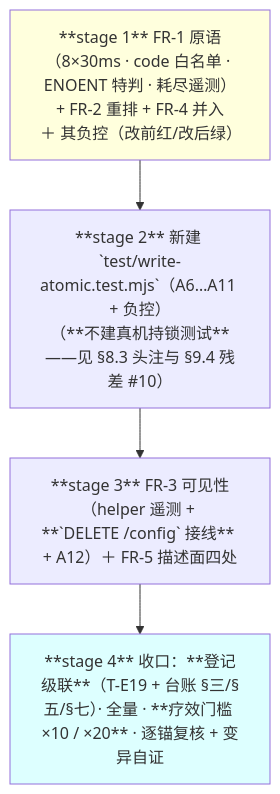
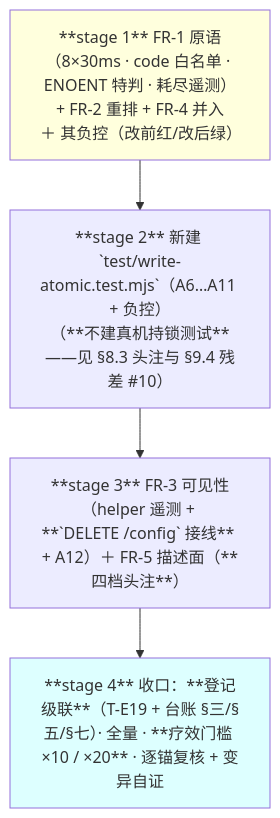
One commit to shenhuanageshei/dsh-thincoder-suite changed the third of 3 diagrams in docs/2026-09-17-writefileatomic-design.md. Above: the diagram before and after it, drawn with Mermaid. The commit also changed other lines of this file and 1 other file, not shown here.

````diff
--- a/docs/2026-09-17-writefileatomic-design.md
+++ b/docs/2026-09-17-writefileatomic-design.md
@@ -391,9 +391,9 @@
 ```mermaid
 flowchart TD
   S1["**stage 1** FR-1 原语（8×30ms · code 白名单 · ENOENT 特判 · 耗尽遥测）+ FR-2 重排 + FR-4 并入<br/>＋ 其负控（改前红/改后绿）"] --> S2
   S2["**stage 2** 新建 `test/write-atomic.test.mjs`（A6…A11 + 负控）<br/>（**不建真机持锁测试**——见 §8.3 头注与 §9.4 残差 #10）"] --> S3
-  S3["**stage 3** FR-3 可见性（helper 遥测 + **`DELETE /config` 接线** + A12）＋ FR-5 描述面四处"] --> S4
+  S3["**stage 3** FR-3 可见性（helper 遥测 + **`DELETE /config` 接线** + A12）＋ FR-5 描述面（**四档头注**）"] --> S4
   S4["**stage 4** 收口：**登记级联**（T-E19 + 台账 §三/§五/§七）· 全量 · **疗效门槛 ×10 / ×20** · 逐锚复核 + 变异自证"]
   style S1 fill:#ffd
   style S4 fill:#dff
 ```
````
